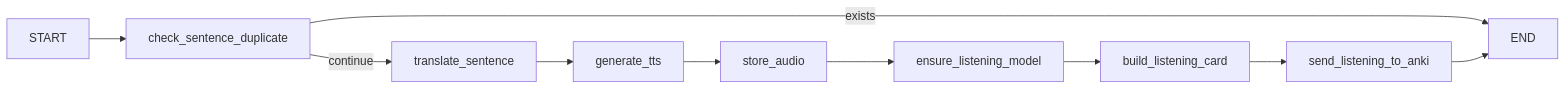
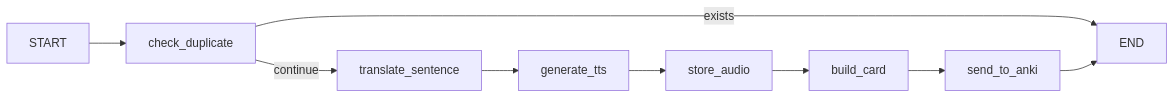
Before and after one commit to plusoneee/anki-kor-agent: the second of 2 diagrams in README.md, drawn with Mermaid. The commit also changed other lines of this file and 2 other files, not shown here.

First line of the commit message:
docs: Rename project to anki-kor-agent and update architecture diagrams

````diff
--- a/README.md
+++ b/README.md
@@ -39,12 +42,11 @@
 ```mermaid
 flowchart LR
-    A[START] --> B[check_sentence_duplicate]
+    A[START] --> B[check_duplicate]
     B -->|exists| C[END]
     B -->|continue| D[translate_sentence]
     D --> E[generate_tts]
     E --> F[store_audio]
-    F --> G[ensure_listening_model]
-    G --> H[build_listening_card]
-    H --> I[send_listening_to_anki]
-    I --> C
+    F --> G[build_card]
+    G --> H[send_to_anki]
+    H --> C
 ```
````
